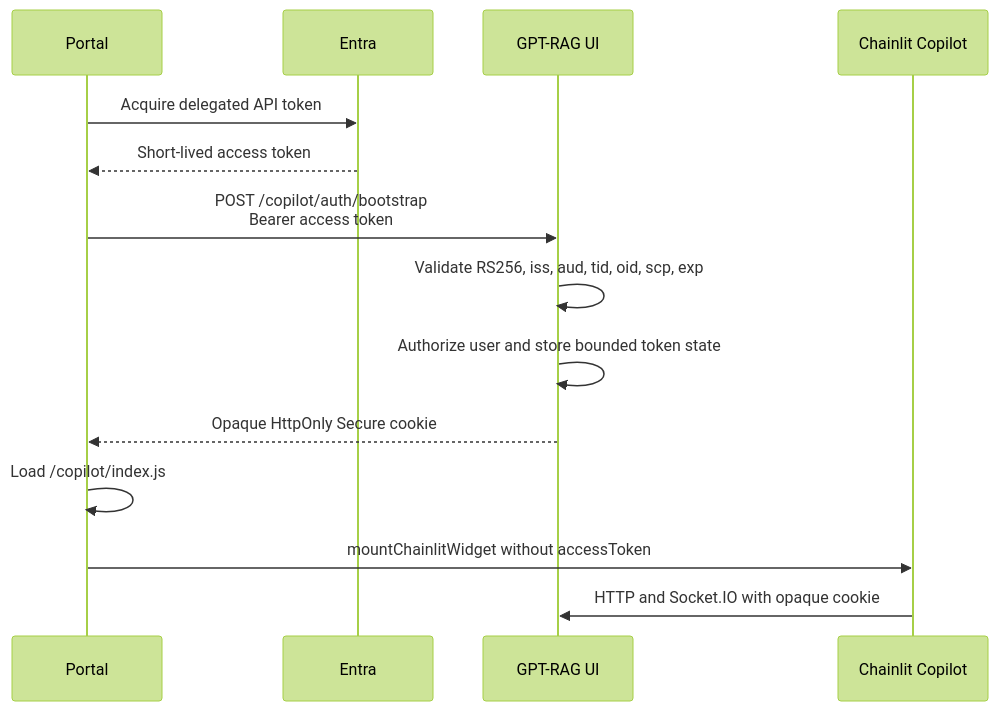
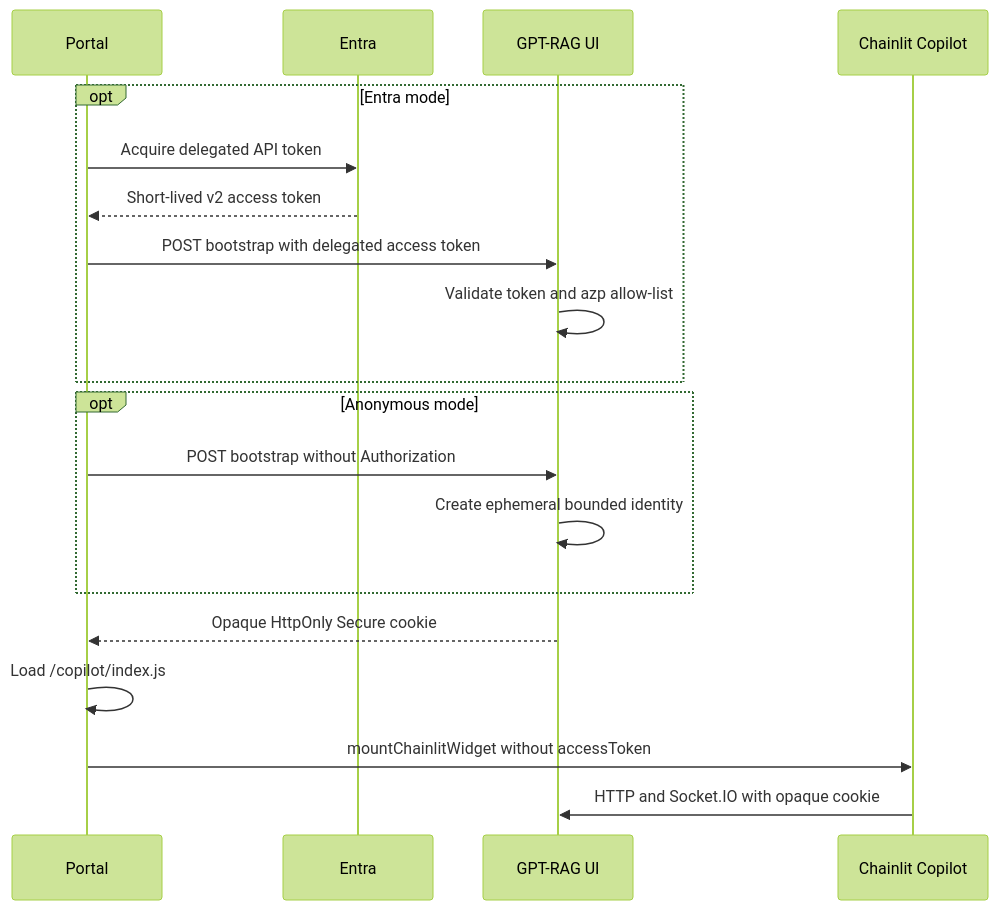
The diagram in docs/copilot-embedding.md (Azure/gpt-rag-ui), drawn with Mermaid (forest theme) before and after one commit. The commit also changed other lines of this file and 18 other files, not shown here.

````diff
--- a/docs/copilot-embedding.md
+++ b/docs/copilot-embedding.md
@@ -28,17 +34,22 @@
 ```mermaid
 sequenceDiagram
     participant Portal
     participant Entra
     participant UI as GPT-RAG UI
     participant CL as Chainlit Copilot
 
-    Portal->>Entra: Acquire delegated API token
-    Entra-->>Portal: Short-lived access token
-    Portal->>UI: POST /copilot/auth/bootstrap<br/>Bearer access token
-    UI->>UI: Validate RS256, iss, aud, tid, oid, scp, exp
-    UI->>UI: Authorize user and store bounded token state
+    opt Entra mode
+        Portal->>Entra: Acquire delegated API token
+        Entra-->>Portal: Short-lived v2 access token
+        Portal->>UI: POST bootstrap with delegated access token
+        UI->>UI: Validate token and azp allow-list
+    end
+    opt Anonymous mode
+        Portal->>UI: POST bootstrap without Authorization
+        UI->>UI: Create ephemeral bounded identity
+    end
     UI-->>Portal: Opaque HttpOnly Secure cookie
     Portal->>Portal: Load /copilot/index.js
     Portal->>CL: mountChainlitWidget without accessToken
     CL->>UI: HTTP and Socket.IO with opaque cookie
 ```
````
